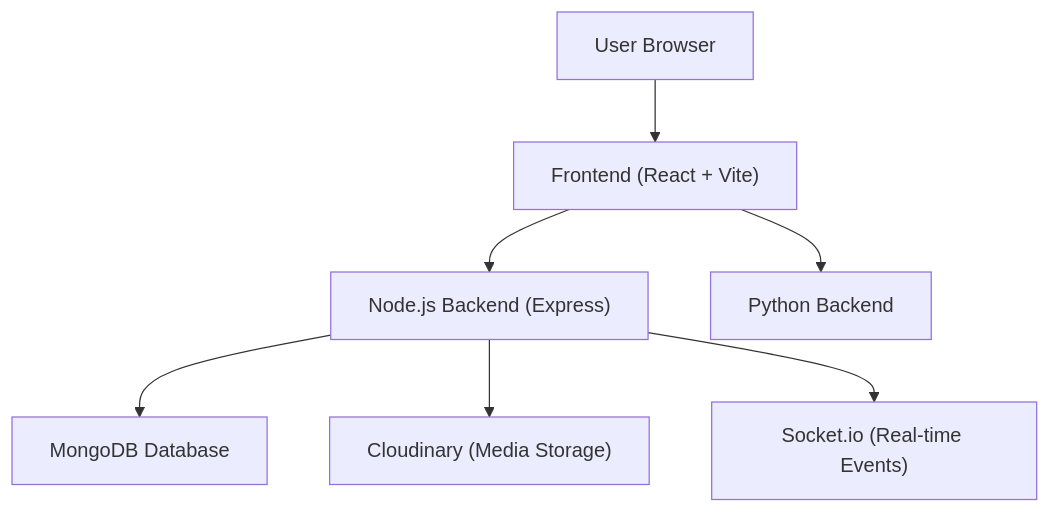
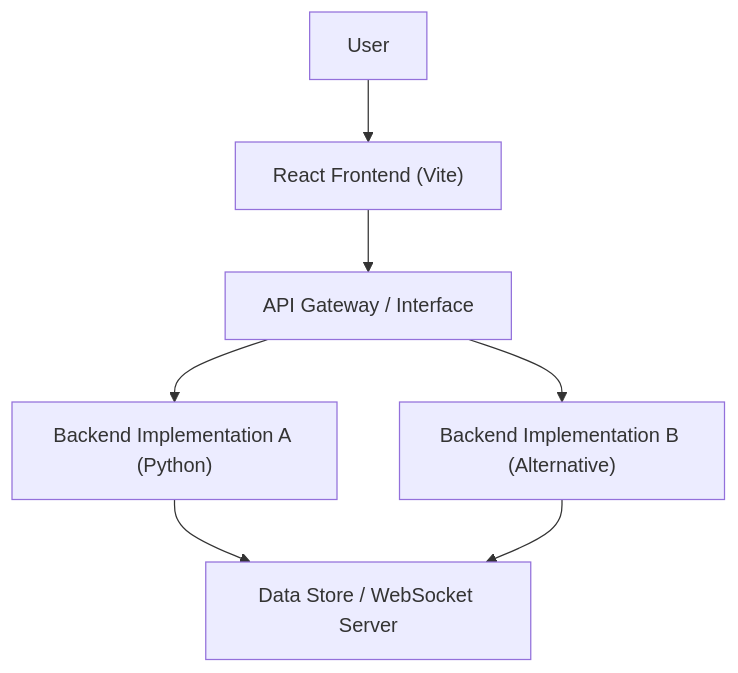
The diagram in docs/shinymack/shinychat/1_project_overview.mdx (shinymacktest/gitdex-docs), drawn with Mermaid before and after one commit. The commit also changed other lines of this file and 18 other files, not shown here.

````diff
--- a/docs/shinymack/shinychat/1_project_overview.mdx
+++ b/docs/shinymack/shinychat/1_project_overview.mdx
@@ -18,9 +20,9 @@
 ```mermaid
 graph TD
-    A["User Browser"] --> B["Frontend (React + Vite)"]
-    B --> C["Node.js Backend (Express)"]
-    B --> D["Python Backend"]
-    C --> E["MongoDB Database"]
-    C --> F["Cloudinary (Media Storage)"]
-    C --> G["Socket.io (Real-time Events)"]
+    A["User"] --> B["React Frontend (Vite)"]
+    B --> C["API Gateway / Interface"]
+    C --> D["Backend Implementation A (Python)"]
+    C --> E["Backend Implementation B (Alternative)"]
+    D --> F["Data Store / WebSocket Server"]
+    E --> F
 ```
````
